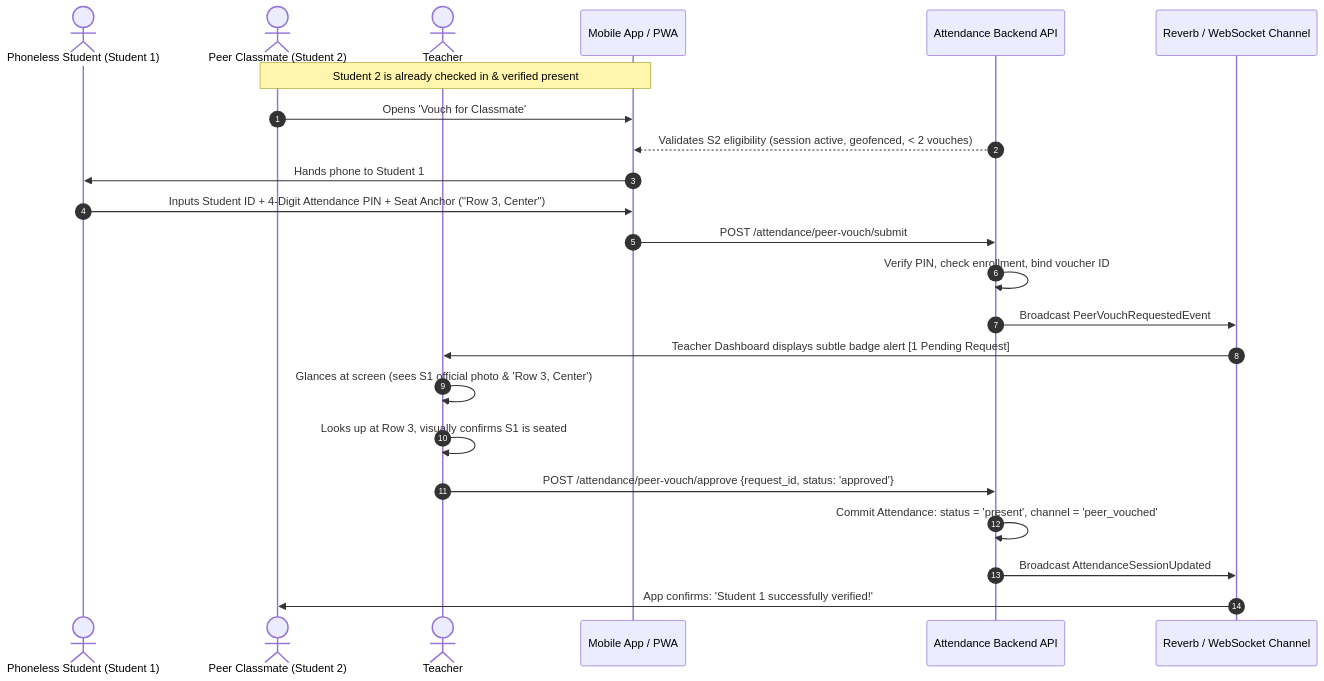
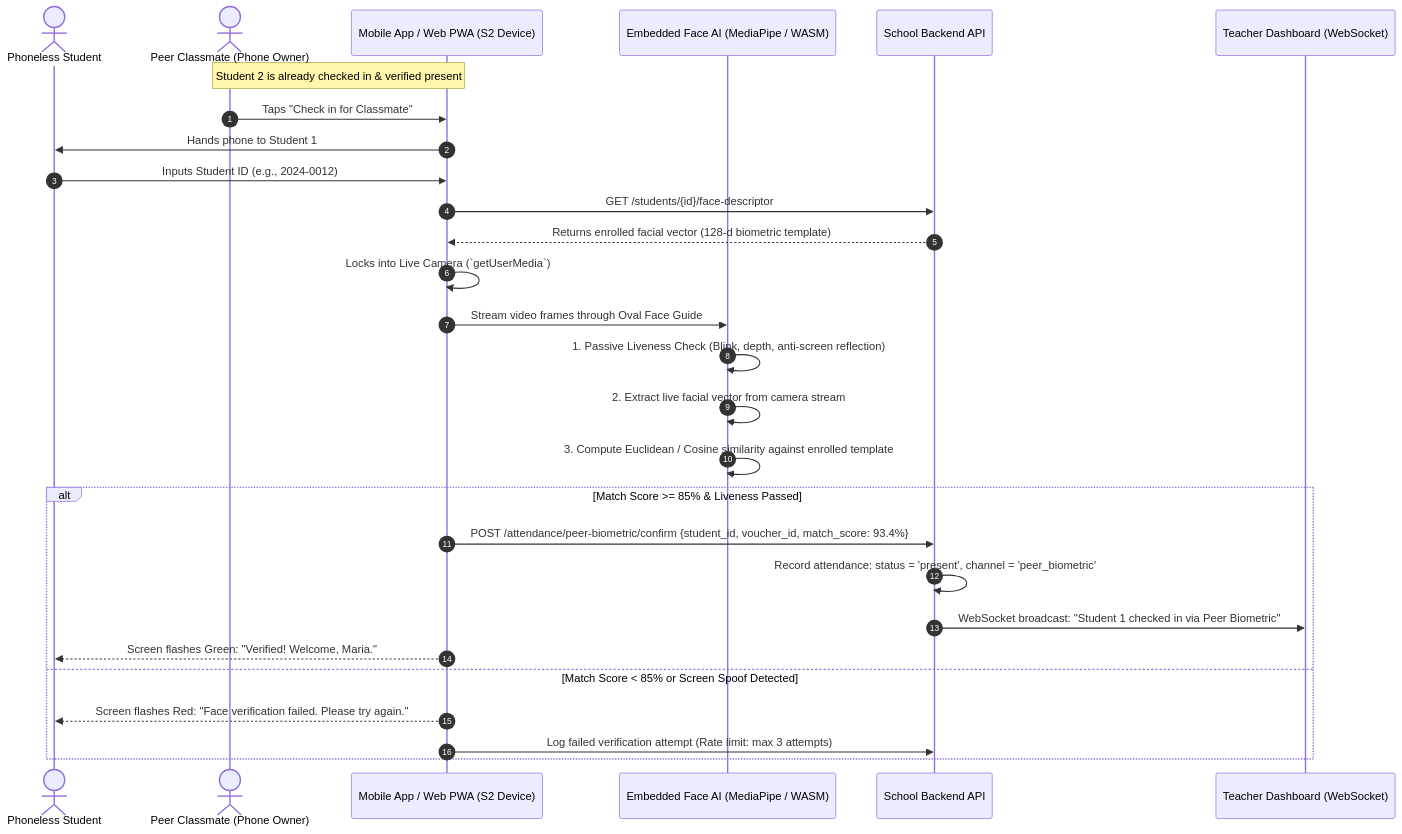
One commit to noone123-qeqwe/school-attendance changed the diagram in docs/alternative-attendance-solution.md. Above: the diagram before and after it, drawn with Mermaid. The commit also changed other lines of this file, not shown here.

Commit message:
docs: update alternative attendance design with Peer-Snap FaceMatch combination

````diff
--- a/docs/alternative-attendance-solution.md
+++ b/docs/alternative-attendance-solution.md
@@ -70,26 +20,33 @@
 ```mermaid
 sequenceDiagram
     autonumber
-    actor S1 as Phoneless Student (Student 1)
-    actor S2 as Peer Classmate (Student 2)
-    actor T as Teacher
-    participant App as Mobile App / PWA
-    participant API as Attendance Backend API
-    participant WS as Reverb / WebSocket Channel
+    actor S1 as Phoneless Student
+    actor S2 as Peer Classmate (Phone Owner)
+    participant App as Mobile App / Web PWA (S2 Device)
+    participant AI as Embedded Face AI (MediaPipe / WASM)
+    participant API as School Backend API
+    participant TD as Teacher Dashboard (WebSocket)
 
     Note over S2,App: Student 2 is already checked in & verified present
-    S2->>App: Opens 'Vouch for Classmate'
-    API-->>App: Validates S2 eligibility (session active, geofenced, < 2 vouches)
+    S2->>App: Taps "Check in for Classmate"
     App->>S1: Hands phone to Student 1
-    S1->>App: Inputs Student ID + 4-Digit Attendance PIN + Seat Anchor ("Row 3, Center")
-    App->>API: POST /attendance/peer-vouch/submit
-    API->>API: Verify PIN, check enrollment, bind voucher ID
-    API->>WS: Broadcast PeerVouchRequestedEvent
-    WS->>T: Teacher Dashboard displays subtle badge alert [1 Pending Request]
-    T->>T: Glances at screen (sees S1 official photo & 'Row 3, Center')
-    T->>T: Looks up at Row 3, visually confirms S1 is seated
-    T->>API: POST /attendance/peer-vouch/approve {request_id, status: 'approved'}
-    API->>API: Commit Attendance: status = 'present', channel = 'peer_vouched'
-    API->>WS: Broadcast AttendanceSessionUpdated
-    WS->>S2: App confirms: 'Student 1 successfully verified!'
+    S1->>App: Inputs Student ID (e.g., 2024-0012)
+    App->>API: GET /students/{id}/face-descriptor
+    API-->>App: Returns enrolled facial vector (128-d biometric template)
+    
+    App->>App: Locks into Live Camera (`getUserMedia`)
+    App->>AI: Stream video frames through Oval Face Guide
+    AI->>AI: 1. Passive Liveness Check (Blink, depth, anti-screen reflection)
+    AI->>AI: 2. Extract live facial vector from camera stream
+    AI->>AI: 3. Compute Euclidean / Cosine similarity against enrolled template
+    
+    alt Match Score >= 85% & Liveness Passed
+        App->>API: POST /attendance/peer-biometric/confirm {student_id, voucher_id, match_score: 93.4%}
+        API->>API: Record attendance: status = 'present', channel = 'peer_biometric'
+        API->>TD: WebSocket broadcast: "Student 1 checked in via Peer Biometric"
+        App-->>S1: Screen flashes Green: "Verified! Welcome, Maria."
+    else Match Score < 85% or Screen Spoof Detected
+        App-->>S1: Screen flashes Red: "Face verification failed. Please try again."
+        App->>API: Log failed verification attempt (Rate limit: max 3 attempts)
+    end
 ```
````
